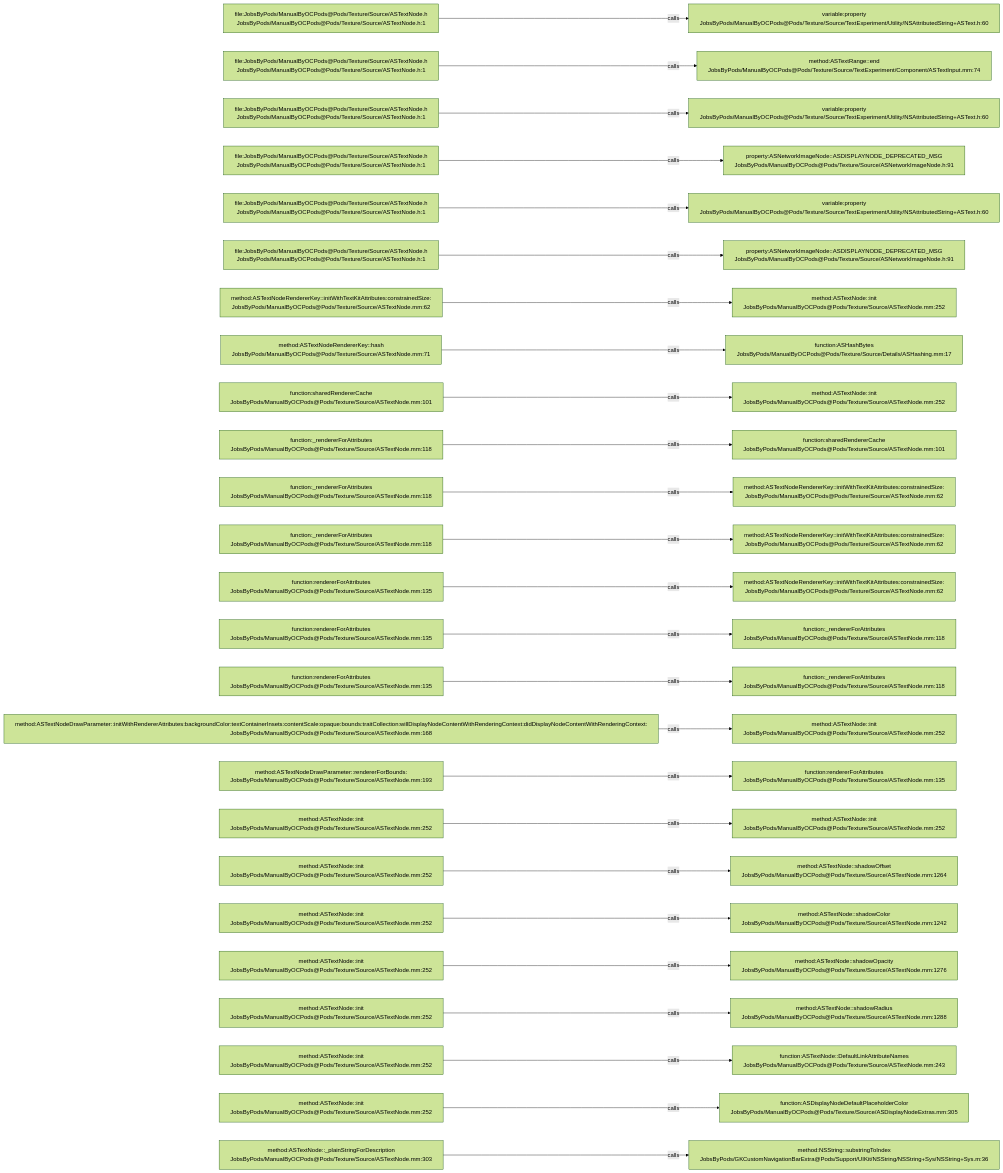
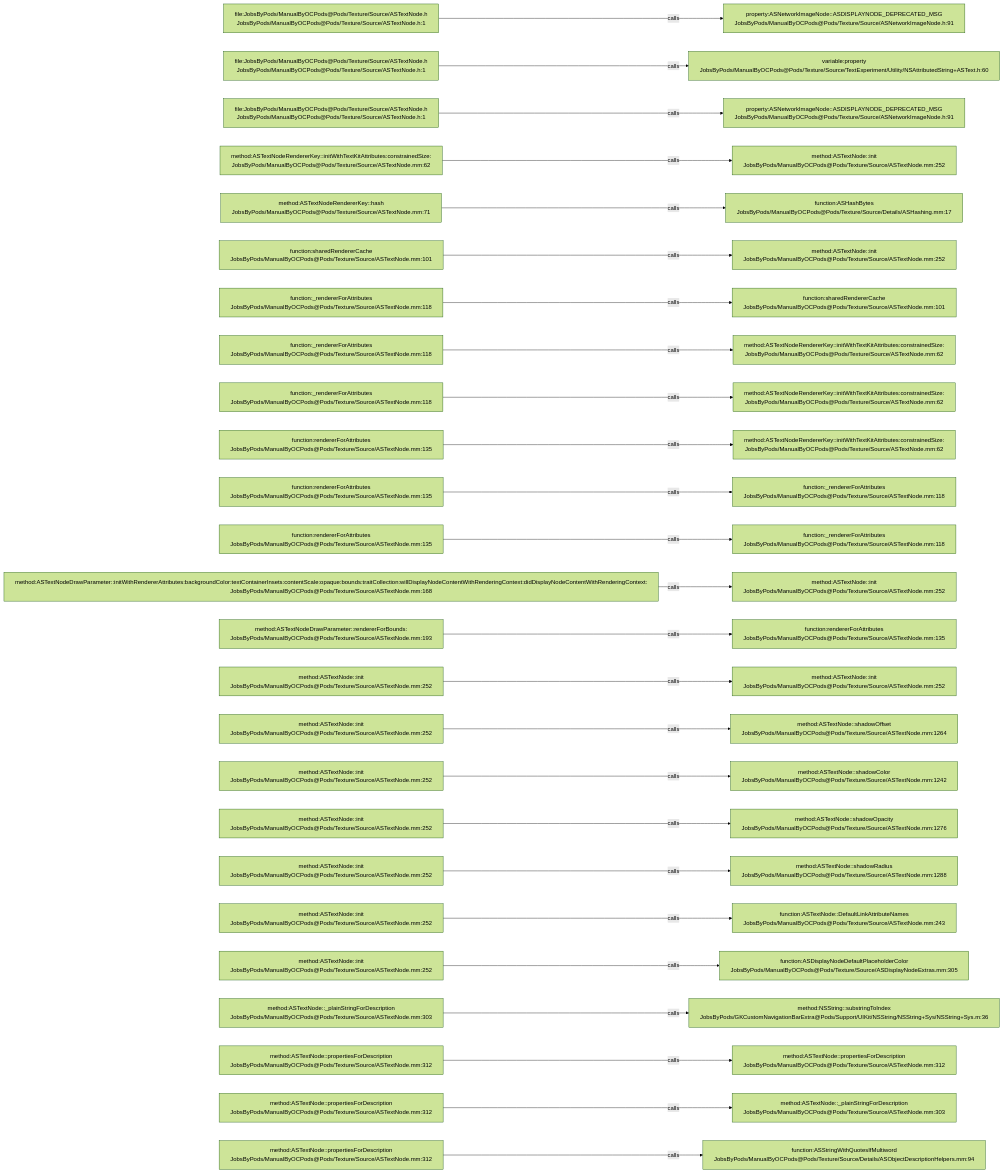
The diagram in .codegraph/codegraph.md/graphs/calls-135.md (JobsKits/JobsOCBaseConfigDemo), drawn with Mermaid (forest theme) before and after one commit. The commit also changed 342 other files, not shown here.

````diff
--- a/.codegraph/codegraph.md/graphs/calls-135.md
+++ b/.codegraph/codegraph.md/graphs/calls-135.md
@@ -13,78 +13,78 @@
 ```mermaid
 flowchart LR
   S1["file:JobsByPods/ManualByOCPods@Pods/Texture/Source/ASTextNode.h<br/>JobsByPods/ManualByOCPods@Pods/Texture/Source/ASTextNode.h:1"]
-  T1["variable:property<br/>JobsByPods/ManualByOCPods@Pods/Texture/Source/TextExperiment/Utility/NSAttributedString+ASText.h:60"]
+  T1["property:ASNetworkImageNode::ASDISPLAYNODE_DEPRECATED_MSG<br/>JobsByPods/ManualByOCPods@Pods/Texture/Source/ASNetworkImageNode.h:91"]
   S1 -->|calls| T1
   S2["file:JobsByPods/ManualByOCPods@Pods/Texture/Source/ASTextNode.h<br/>JobsByPods/ManualByOCPods@Pods/Texture/Source/ASTextNode.h:1"]
-  T2["method:ASTextRange::end<br/>JobsByPods/ManualByOCPods@Pods/Texture/Source/TextExperiment/Component/ASTextInput.mm:74"]
+  T2["variable:property<br/>JobsByPods/ManualByOCPods@Pods/Texture/Source/TextExperiment/Utility/NSAttributedString+ASText.h:60"]
   S2 -->|calls| T2
   S3["file:JobsByPods/ManualByOCPods@Pods/Texture/Source/ASTextNode.h<br/>JobsByPods/ManualByOCPods@Pods/Texture/Source/ASTextNode.h:1"]
-  T3["variable:property<br/>JobsByPods/ManualByOCPods@Pods/Texture/Source/TextExperiment/Utility/NSAttributedString+ASText.h:60"]
+  T3["property:ASNetworkImageNode::ASDISPLAYNODE_DEPRECATED_MSG<br/>JobsByPods/ManualByOCPods@Pods/Texture/Source/ASNetworkImageNode.h:91"]
   S3 -->|calls| T3
-  S4["file:JobsByPods/ManualByOCPods@Pods/Texture/Source/ASTextNode.h<br/>JobsByPods/ManualByOCPods@Pods/Texture/Source/ASTextNode.h:1"]
-  T4["property:ASNetworkImageNode::ASDISPLAYNODE_DEPRECATED_MSG<br/>JobsByPods/ManualByOCPods@Pods/Texture/Source/ASNetworkImageNode.h:91"]
+  S4["method:ASTextNodeRendererKey::initWithTextKitAttributes:constrainedSize:<br/>JobsByPods/ManualByOCPods@Pods/Texture/Source/ASTextNode.mm:62"]
+  T4["method:ASTextNode::init<br/>JobsByPods/ManualByOCPods@Pods/Texture/Source/ASTextNode.mm:252"]
   S4 -->|calls| T4
-  S5["file:JobsByPods/ManualByOCPods@Pods/Texture/Source/ASTextNode.h<br/>JobsByPods/ManualByOCPods@Pods/Texture/Source/ASTextNode.h:1"]
-  T5["variable:property<br/>JobsByPods/ManualByOCPods@Pods/Texture/Source/TextExperiment/Utility/NSAttributedString+ASText.h:60"]
+  S5["method:ASTextNodeRendererKey::hash<br/>JobsByPods/ManualByOCPods@Pods/Texture/Source/ASTextNode.mm:71"]
+  T5["function:ASHashBytes<br/>JobsByPods/ManualByOCPods@Pods/Texture/Source/Details/ASHashing.mm:17"]
   S5 -->|calls| T5
-  S6["file:JobsByPods/ManualByOCPods@Pods/Texture/Source/ASTextNode.h<br/>JobsByPods/ManualByOCPods@Pods/Texture/Source/ASTextNode.h:1"]
-  T6["property:ASNetworkImageNode::ASDISPLAYNODE_DEPRECATED_MSG<br/>JobsByPods/ManualByOCPods@Pods/Texture/Source/ASNetworkImageNode.h:91"]
+  S6["function:sharedRendererCache<br/>JobsByPods/ManualByOCPods@Pods/Texture/Source/ASTextNode.mm:101"]
+  T6["method:ASTextNode::init<br/>JobsByPods/ManualByOCPods@Pods/Texture/Source/ASTextNode.mm:252"]
   S6 -->|calls| T6
-  S7["method:ASTextNodeRendererKey::initWithTextKitAttributes:constrainedSize:<br/>JobsByPods/ManualByOCPods@Pods/Texture/Source/ASTextNode.mm:62"]
-  T7["method:ASTextNode::init<br/>JobsByPods/ManualByOCPods@Pods/Texture/Source/ASTextNode.mm:252"]
+  S7["function:_rendererForAttributes<br/>JobsByPods/ManualByOCPods@Pods/Texture/Source/ASTextNode.mm:118"]
+  T7["function:sharedRendererCache<br/>JobsByPods/ManualByOCPods@Pods/Texture/Source/ASTextNode.mm:101"]
   S7 -->|calls| T7
-  S8["method:ASTextNodeRendererKey::hash<br/>JobsByPods/ManualByOCPods@Pods/Texture/Source/ASTextNode.mm:71"]
-  T8["function:ASHashBytes<br/>JobsByPods/ManualByOCPods@Pods/Texture/Source/Details/ASHashing.mm:17"]
+  S8["function:_rendererForAttributes<br/>JobsByPods/ManualByOCPods@Pods/Texture/Source/ASTextNode.mm:118"]
+  T8["method:ASTextNodeRendererKey::initWithTextKitAttributes:constrainedSize:<br/>JobsByPods/ManualByOCPods@Pods/Texture/Source/ASTextNode.mm:62"]
   S8 -->|calls| T8
-  S9["function:sharedRendererCache<br/>JobsByPods/ManualByOCPods@Pods/Texture/Source/ASTextNode.mm:101"]
-  T9["method:ASTextNode::init<br/>JobsByPods/ManualByOCPods@Pods/Texture/Source/ASTextNode.mm:252"]
+  S9["function:_rendererForAttributes<br/>JobsByPods/ManualByOCPods@Pods/Texture/Source/ASTextNode.mm:118"]
+  T9["method:ASTextNodeRendererKey::initWithTextKitAttributes:constrainedSize:<br/>JobsByPods/ManualByOCPods@Pods/Texture/Source/ASTextNode.mm:62"]
   S9 -->|calls| T9
-  S10["function:_rendererForAttributes<br/>JobsByPods/ManualByOCPods@Pods/Texture/Source/ASTextNode.mm:118"]
-  T10["function:sharedRendererCache<br/>JobsByPods/ManualByOCPods@Pods/Texture/Source/ASTextNode.mm:101"]
+  S10["function:rendererForAttributes<br/>JobsByPods/ManualByOCPods@Pods/Texture/Source/ASTextNode.mm:135"]
+  T10["method:ASTextNodeRendererKey::initWithTextKitAttributes:constrainedSize:<br/>JobsByPods/ManualByOCPods@Pods/Texture/Source/ASTextNode.mm:62"]
   S10 -->|calls| T10
-  S11["function:_rendererForAttributes<br/>JobsByPods/ManualByOCPods@Pods/Texture/Source/ASTextNode.mm:118"]
-  T11["method:ASTextNodeRendererKey::initWithTextKitAttributes:constrainedSize:<br/>JobsByPods/ManualByOCPods@Pods/Texture/Source/ASTextNode.mm:62"]
+  S11["function:rendererForAttributes<br/>JobsByPods/ManualByOCPods@Pods/Texture/Source/ASTextNode.mm:135"]
+  T11["function:_rendererForAttributes<br/>JobsByPods/ManualByOCPods@Pods/Texture/Source/ASTextNode.mm:118"]
   S11 -->|calls| T11
-  S12["function:_rendererForAttributes<br/>JobsByPods/ManualByOCPods@Pods/Texture/Source/ASTextNode.mm:118"]
-  T12["method:ASTextNodeRendererKey::initWithTextKitAttributes:constrainedSize:<br/>JobsByPods/ManualByOCPods@Pods/Texture/Source/ASTextNode.mm:62"]
+  S12["function:rendererForAttributes<br/>JobsByPods/ManualByOCPods@Pods/Texture/Source/ASTextNode.mm:135"]
+  T12["function:_rendererForAttributes<br/>JobsByPods/ManualByOCPods@Pods/Texture/Source/ASTextNode.mm:118"]
   S12 -->|calls| T12
-  S13["function:rendererForAttributes<br/>JobsByPods/ManualByOCPods@Pods/Texture/Source/ASTextNode.mm:135"]
-  T13["method:ASTextNodeRendererKey::initWithTextKitAttributes:constrainedSize:<br/>JobsByPods/ManualByOCPods@Pods/Texture/Source/ASTextNode.mm:62"]
+  S13["method:ASTextNodeDrawParameter::initWithRendererAttributes:backgroundColor:textContainerInsets:contentScale:opaque:bounds:traitCollection:willDisplayNodeContentWithRenderingContext:didDisplayNodeContentWithRenderingContext:<br/>JobsByPods/ManualByOCPods@Pods/Texture/Source/ASTextNode.mm:168"]
+  T13["method:ASTextNode::init<br/>JobsByPods/ManualByOCPods@Pods/Texture/Source/ASTextNode.mm:252"]
   S13 -->|calls| T13
-  S14["function:rendererForAttributes<br/>JobsByPods/ManualByOCPods@Pods/Texture/Source/ASTextNode.mm:135"]
-  T14["function:_rendererForAttributes<br/>JobsByPods/ManualByOCPods@Pods/Texture/Source/ASTextNode.mm:118"]
+  S14["method:ASTextNodeDrawParameter::rendererForBounds:<br/>JobsByPods/ManualByOCPods@Pods/Texture/Source/ASTextNode.mm:193"]
+  T14["function:rendererForAttributes<br/>JobsByPods/ManualByOCPods@Pods/Texture/Source/ASTextNode.mm:135"]
   S14 -->|calls| T14
-  S15["function:rendererForAttributes<br/>JobsByPods/ManualByOCPods@Pods/Texture/Source/ASTextNode.mm:135"]
-  T15["function:_rendererForAttributes<br/>JobsByPods/ManualByOCPods@Pods/Texture/Source/ASTextNode.mm:118"]
+  S15["method:ASTextNode::init<br/>JobsByPods/ManualByOCPods@Pods/Texture/Source/ASTextNode.mm:252"]
+  T15["method:ASTextNode::init<br/>JobsByPods/ManualByOCPods@Pods/Texture/Source/ASTextNode.mm:252"]
   S15 -->|calls| T15
-  S16["method:ASTextNodeDrawParameter::initWithRendererAttributes:backgroundColor:textContainerInsets:contentScale:opaque:bounds:traitCollection:willDisplayNodeContentWithRenderingContext:didDisplayNodeContentWithRenderingContext:<br/>JobsByPods/ManualByOCPods@Pods/Texture/Source/ASTextNode.mm:168"]
-  T16["method:ASTextNode::init<br/>JobsByPods/ManualByOCPods@Pods/Texture/Source/ASTextNode.mm:252"]
+  S16["method:ASTextNode::init<br/>JobsByPods/ManualByOCPods@Pods/Texture/Source/ASTextNode.mm:252"]
+  T16["method:ASTextNode::shadowOffset<br/>JobsByPods/ManualByOCPods@Pods/Texture/Source/ASTextNode.mm:1264"]
   S16 -->|calls| T16
-  S17["method:ASTextNodeDrawParameter::rendererForBounds:<br/>JobsByPods/ManualByOCPods@Pods/Texture/Source/ASTextNode.mm:193"]
-  T17["function:rendererForAttributes<br/>JobsByPods/ManualByOCPods@Pods/Texture/Source/ASTextNode.mm:135"]
+  S17["method:ASTextNode::init<br/>JobsByPods/ManualByOCPods@Pods/Texture/Source/ASTextNode.mm:252"]
+  T17["method:ASTextNode::shadowColor<br/>JobsByPods/ManualByOCPods@Pods/Texture/Source/ASTextNode.mm:1242"]
   S17 -->|calls| T17
   S18["method:ASTextNode::init<br/>JobsByPods/ManualByOCPods@Pods/Texture/Source/ASTextNode.mm:252"]
-  T18["method:ASTextNode::init<br/>JobsByPods/ManualByOCPods@Pods/Texture/Source/ASTextNode.mm:252"]
+  T18["method:ASTextNode::shadowOpacity<br/>JobsByPods/ManualByOCPods@Pods/Texture/Source/ASTextNode.mm:1276"]
   S18 -->|calls| T18
   S19["method:ASTextNode::init<br/>JobsByPods/ManualByOCPods@Pods/Texture/Source/ASTextNode.mm:252"]
-  T19["method:ASTextNode::shadowOffset<br/>JobsByPods/ManualByOCPods@Pods/Texture/Source/ASTextNode.mm:1264"]
+  T19["method:ASTextNode::shadowRadius<br/>JobsByPods/ManualByOCPods@Pods/Texture/Source/ASTextNode.mm:1288"]
   S19 -->|calls| T19
   S20["method:ASTextNode::init<br/>JobsByPods/ManualByOCPods@Pods/Texture/Source/ASTextNode.mm:252"]
-  T20["method:ASTextNode::shadowColor<br/>JobsByPods/ManualByOCPods@Pods/Texture/Source/ASTextNode.mm:1242"]
+  T20["function:ASTextNode::DefaultLinkAttributeNames<br/>JobsByPods/ManualByOCPods@Pods/Texture/Source/ASTextNode.mm:243"]
   S20 -->|calls| T20
   S21["method:ASTextNode::init<br/>JobsByPods/ManualByOCPods@Pods/Texture/Source/ASTextNode.mm:252"]
-  T21["method:ASTextNode::shadowOpacity<br/>JobsByPods/ManualByOCPods@Pods/Texture/Source/ASTextNode.mm:1276"]
+  T21["function:ASDisplayNodeDefaultPlaceholderColor<br/>JobsByPods/ManualByOCPods@Pods/Texture/Source/ASDisplayNodeExtras.mm:305"]
   S21 -->|calls| T21
-  S22["method:ASTextNode::init<br/>JobsByPods/ManualByOCPods@Pods/Texture/Source/ASTextNode.mm:252"]
-  T22["method:ASTextNode::shadowRadius<br/>JobsByPods/ManualByOCPods@Pods/Texture/Source/ASTextNode.mm:1288"]
+  S22["method:ASTextNode::_plainStringForDescription<br/>JobsByPods/ManualByOCPods@Pods/Texture/Source/ASTextNode.mm:303"]
+  T22["method:NSString::substringToIndex<br/>JobsByPods/GKCustomNavigationBarExtra@Pods/Support/UIKit/NSString/NSString+Sys/NSString+Sys.m:36"]
   S22 -->|calls| T22
-  S23["method:ASTextNode::init<br/>JobsByPods/ManualByOCPods@Pods/Texture/Source/ASTextNode.mm:252"]
-  T23["function:ASTextNode::DefaultLinkAttributeNames<br/>JobsByPods/ManualByOCPods@Pods/Texture/Source/ASTextNode.mm:243"]
+  S23["method:ASTextNode::propertiesForDescription<br/>JobsByPods/ManualByOCPods@Pods/Texture/Source/ASTextNode.mm:312"]
+  T23["method:ASTextNode::propertiesForDescription<br/>JobsByPods/ManualByOCPods@Pods/Texture/Source/ASTextNode.mm:312"]
   S23 -->|calls| T23
-  S24["method:ASTextNode::init<br/>JobsByPods/ManualByOCPods@Pods/Texture/Source/ASTextNode.mm:252"]
-  T24["function:ASDisplayNodeDefaultPlaceholderColor<br/>JobsByPods/ManualByOCPods@Pods/Texture/Source/ASDisplayNodeExtras.mm:305"]
+  S24["method:ASTextNode::propertiesForDescription<br/>JobsByPods/ManualByOCPods@Pods/Texture/Source/ASTextNode.mm:312"]
+  T24["method:ASTextNode::_plainStringForDescription<br/>JobsByPods/ManualByOCPods@Pods/Texture/Source/ASTextNode.mm:303"]
   S24 -->|calls| T24
-  S25["method:ASTextNode::_plainStringForDescription<br/>JobsByPods/ManualByOCPods@Pods/Texture/Source/ASTextNode.mm:303"]
-  T25["method:NSString::substringToIndex<br/>JobsByPods/GKCustomNavigationBarExtra@Pods/Support/UIKit/NSString/NSString+Sys/NSString+Sys.m:36"]
+  S25["method:ASTextNode::propertiesForDescription<br/>JobsByPods/ManualByOCPods@Pods/Texture/Source/ASTextNode.mm:312"]
+  T25["function:ASStringWithQuotesIfMultiword<br/>JobsByPods/ManualByOCPods@Pods/Texture/Source/Details/ASObjectDescriptionHelpers.mm:94"]
   S25 -->|calls| T25
 ```
````
